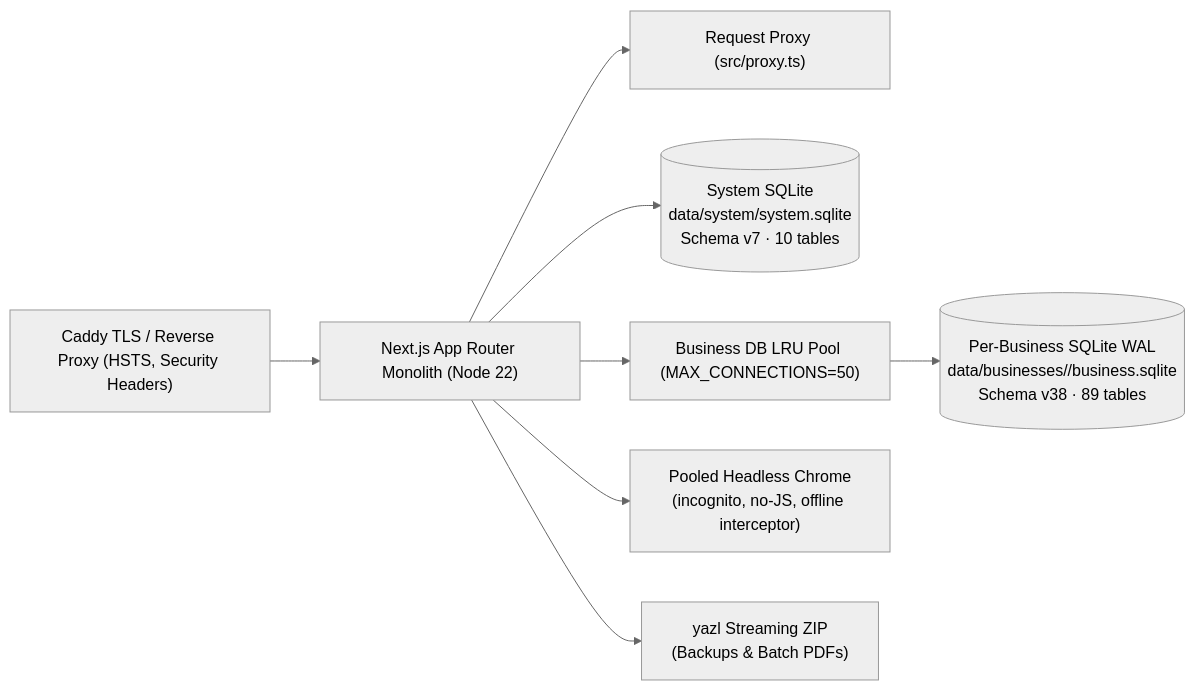
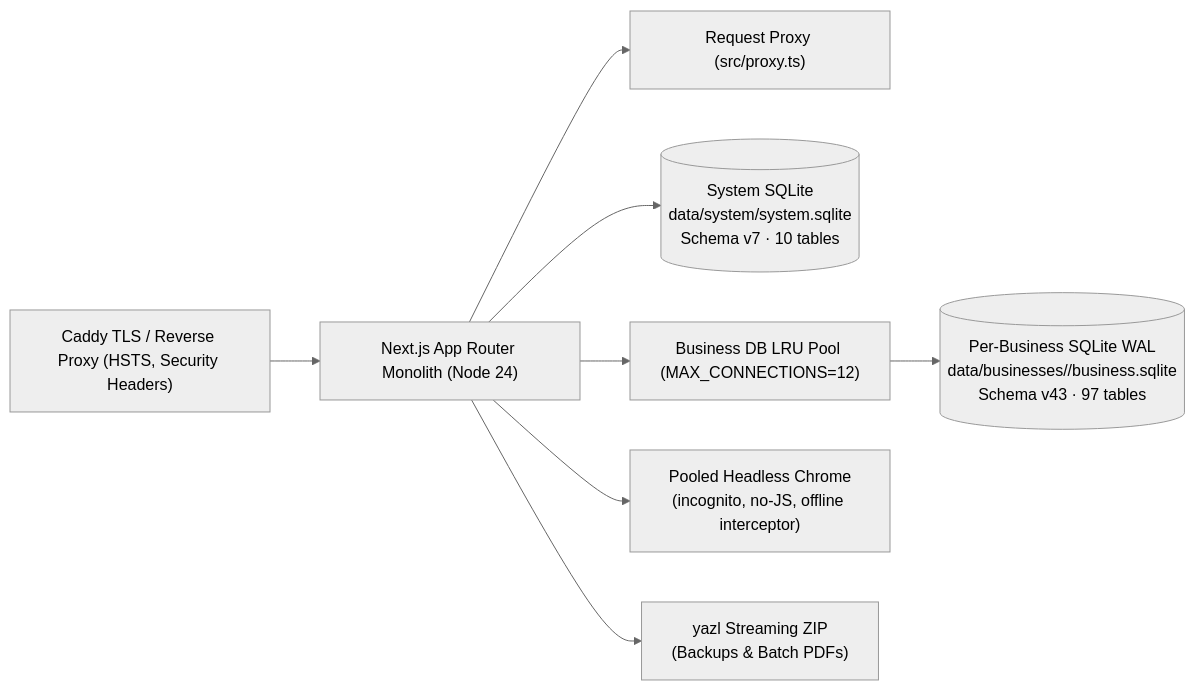
One commit to MuhammadRayyan/erp-software-2.0 changed the diagram in docs/ARCHITECTURE.md. Above: the diagram before and after it, drawn with Mermaid (neutral theme). The commit also changed other lines of this file and 197 other files, not shown here.

First line of the commit message:
feat: close accounting gaps (amendments, refunds, EOSB accrual, import VAT, aging, FX) and architecture items (#48)

````diff
--- a/docs/ARCHITECTURE.md
+++ b/docs/ARCHITECTURE.md
@@ -12,10 +12,10 @@
 ```mermaid
 flowchart LR
-  Caddy["Caddy TLS / Reverse Proxy (HSTS, Security Headers)"] --> NextApp["Next.js App Router Monolith (Node 22)"]
+  Caddy["Caddy TLS / Reverse Proxy (HSTS, Security Headers)"] --> NextApp["Next.js App Router Monolith (Node 24)"]
   NextApp --> Proxy["Request Proxy (src/proxy.ts)"]
   NextApp --> SysDB[("System SQLite\ndata/system/system.sqlite\nSchema v7 · 10 tables")]
-  NextApp --> Pool["Business DB LRU Pool (MAX_CONNECTIONS=50)"]
-  Pool --> BizDB[("Per-Business SQLite WAL\ndata/businesses/<key>/business.sqlite\nSchema v38 · 89 tables")]
+  NextApp --> Pool["Business DB LRU Pool (MAX_CONNECTIONS=12)"]
+  Pool --> BizDB[("Per-Business SQLite WAL\ndata/businesses/<key>/business.sqlite\nSchema v43 · 97 tables")]
   NextApp --> PdfPool["Pooled Headless Chrome\n(incognito, no-JS, offline interceptor)"]
   NextApp --> ZipStream["yazl Streaming ZIP\n(Backups & Batch PDFs)"]
 ```
````
